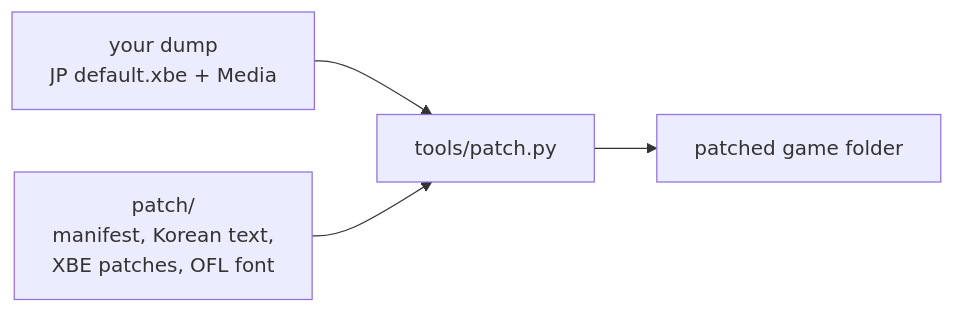
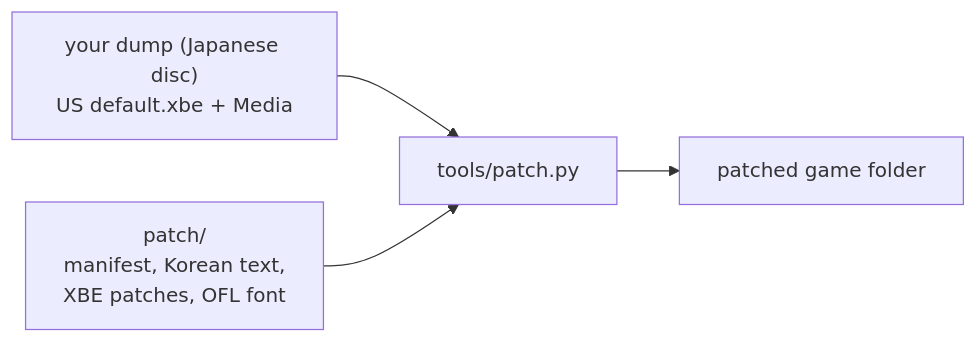
Before and after one commit to nworkers/JSRF-kr-patch: the diagram in README.md, drawn with Mermaid. The commit also changed other lines of this file and 10 other files, not shown here.

````diff
--- a/README.md
+++ b/README.md
@@ -30,6 +30,6 @@
 ```mermaid
 flowchart LR
-    DUMP["your dump<br/>JP default.xbe + Media"] --> TOOL["tools/patch.py"]
+    DUMP["your dump (Japanese disc)<br/>US default.xbe + Media"] --> TOOL["tools/patch.py"]
     DATA["patch/<br/>manifest, Korean text,<br/>XBE patches, OFL font"] --> TOOL
     TOOL --> OUT["patched game folder"]
 ```
````
